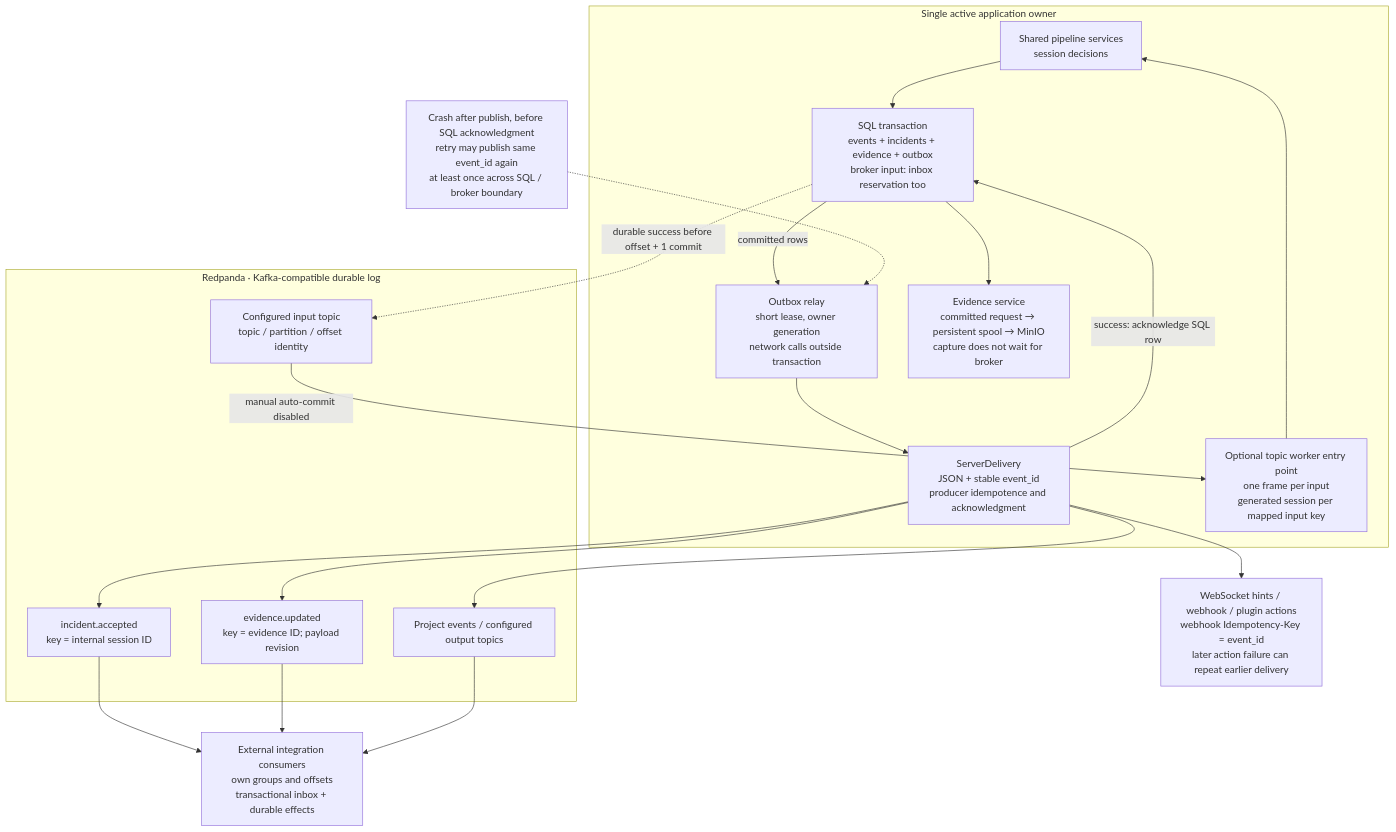
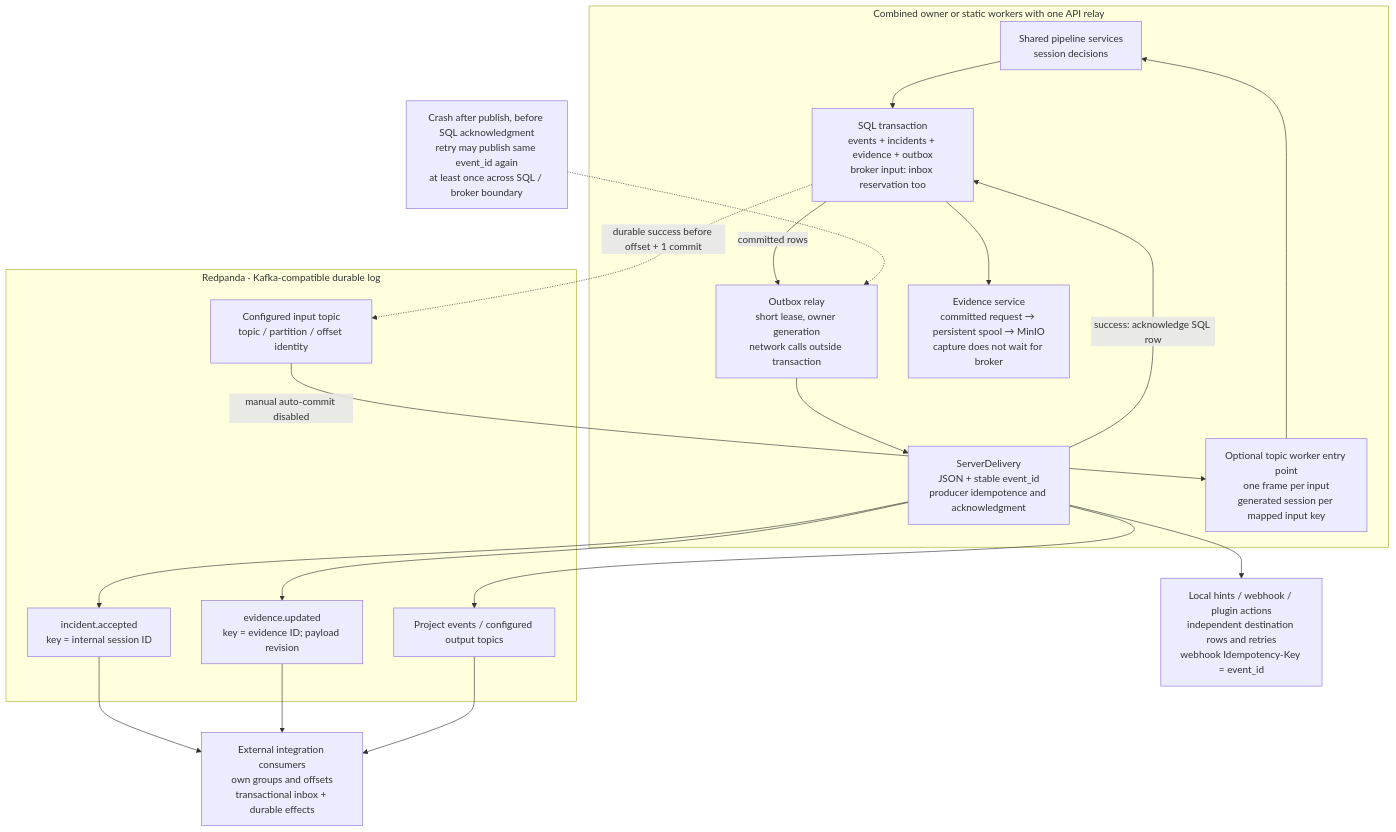
Before and after one commit to OsamaM0/inferops: the diagram in docs/architecture/14-redpanda.mmd, drawn with Mermaid. The commit also changed 209 other files, not shown here.

```diff
--- a/docs/architecture/14-redpanda.mmd
+++ b/docs/architecture/14-redpanda.mmd
@@ -1,27 +1,27 @@
 flowchart TB
-    subgraph owner["Single active application owner"]
+    subgraph owner["Combined owner or static workers with one API relay"]
         pipeline["Shared pipeline services<br/>session decisions"]
         transaction["SQL transaction<br/>events + incidents + evidence + outbox<br/>broker input: inbox reservation too"]
         relay["Outbox relay<br/>short lease, owner generation<br/>network calls outside transaction"]
         capture["Evidence service<br/>committed request → persistent spool → MinIO<br/>capture does not wait for broker"]
         delivery["ServerDelivery<br/>JSON + stable event_id<br/>producer idempotence and acknowledgment"]
         topicworker["Optional topic worker entry point<br/>one frame per input<br/>generated session per mapped input key"]
     end
     subgraph broker["Redpanda · Kafka-compatible durable log"]
         incoming["Configured input topic<br/>topic / partition / offset identity"]
         incidents["incident.accepted<br/>key = internal session ID"]
         evidence["evidence.updated<br/>key = evidence ID; payload revision"]
         outputs["Project events / configured output topics"]
     end
     external["External integration consumers<br/>own groups and offsets<br/>transactional inbox + durable effects"]
-    hints["WebSocket hints / webhook / plugin actions<br/>webhook Idempotency-Key = event_id<br/>later action failure can repeat earlier delivery"]
+    hints["Local hints / webhook / plugin actions<br/>independent destination rows and retries<br/>webhook Idempotency-Key = event_id"]
     pipeline --> transaction
     transaction --> capture
     transaction -->|committed rows| relay --> delivery
     delivery --> incidents & evidence & outputs
     delivery --> hints
     delivery -->|success: acknowledge SQL row| transaction
     incidents & evidence & outputs --> external
     incoming -->|manual auto-commit disabled| topicworker --> pipeline
     transaction -. "durable success before offset + 1 commit" .-> incoming
     crash["Crash after publish, before SQL acknowledgment<br/>retry may publish same event_id again<br/>at least once across SQL / broker boundary"] -.-> relay
```
